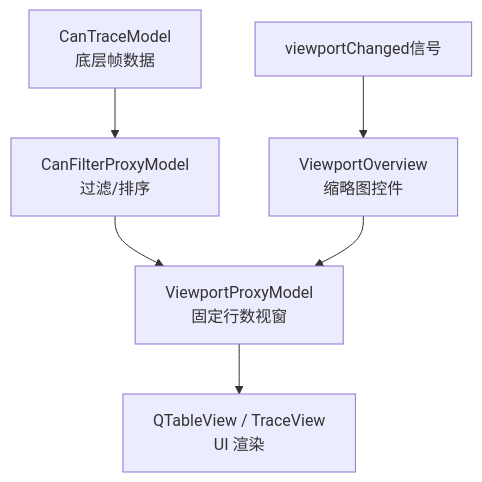
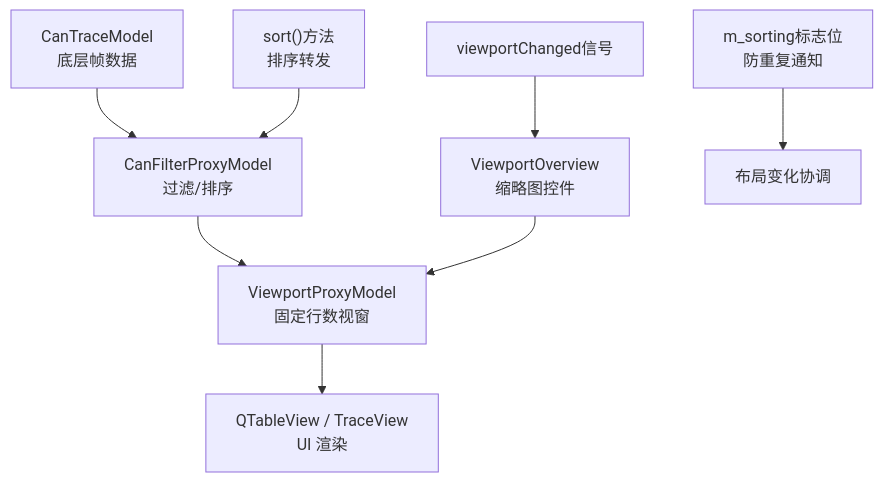
Before and after one commit to jakecai1225-design/OpenBus: the first of 6 diagrams in .qoder/repowiki/zh/content/核心模块详解/视口代理模型.md, drawn with Mermaid. The commit also changed other lines of this file and 18 other files, not shown here.

````diff
--- a/.qoder/repowiki/zh/content/核心模块详解/视口代理模型.md
+++ b/.qoder/repowiki/zh/content/核心模块详解/视口代理模型.md
@@ -46,8 +50,10 @@
 ```mermaid
 graph TB
 A["CanTraceModel<br/>底层帧数据"] --> B["CanFilterProxyModel<br/>过滤/排序"]
 B --> C["ViewportProxyModel<br/>固定行数视窗"]
 C --> D["QTableView / TraceView<br/>UI 渲染"]
 E["ViewportOverview<br/>缩略图控件"] --> C
 F["viewportChanged信号"] --> E
+G["sort()方法<br/>排序转发"] --> B
+H["m_sorting标志位<br/>防重复通知"] --> I["布局变化协调"]
 ```
````
